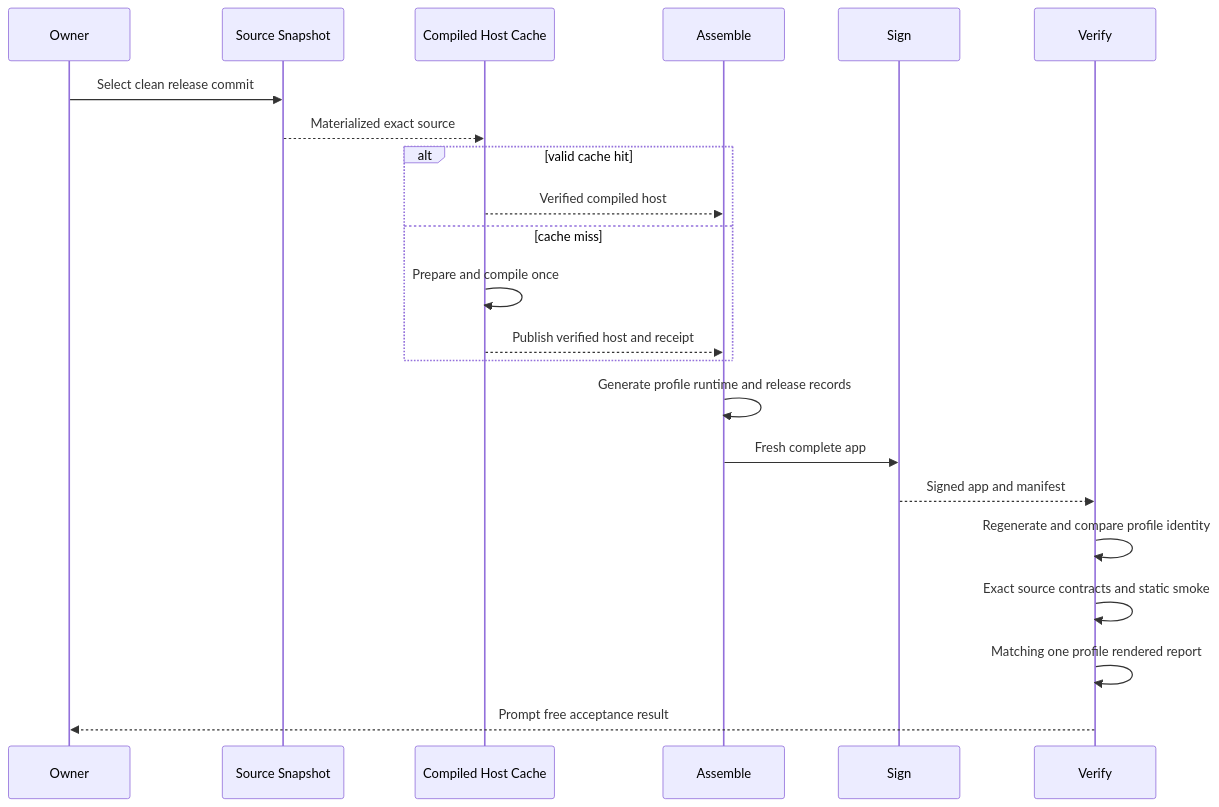
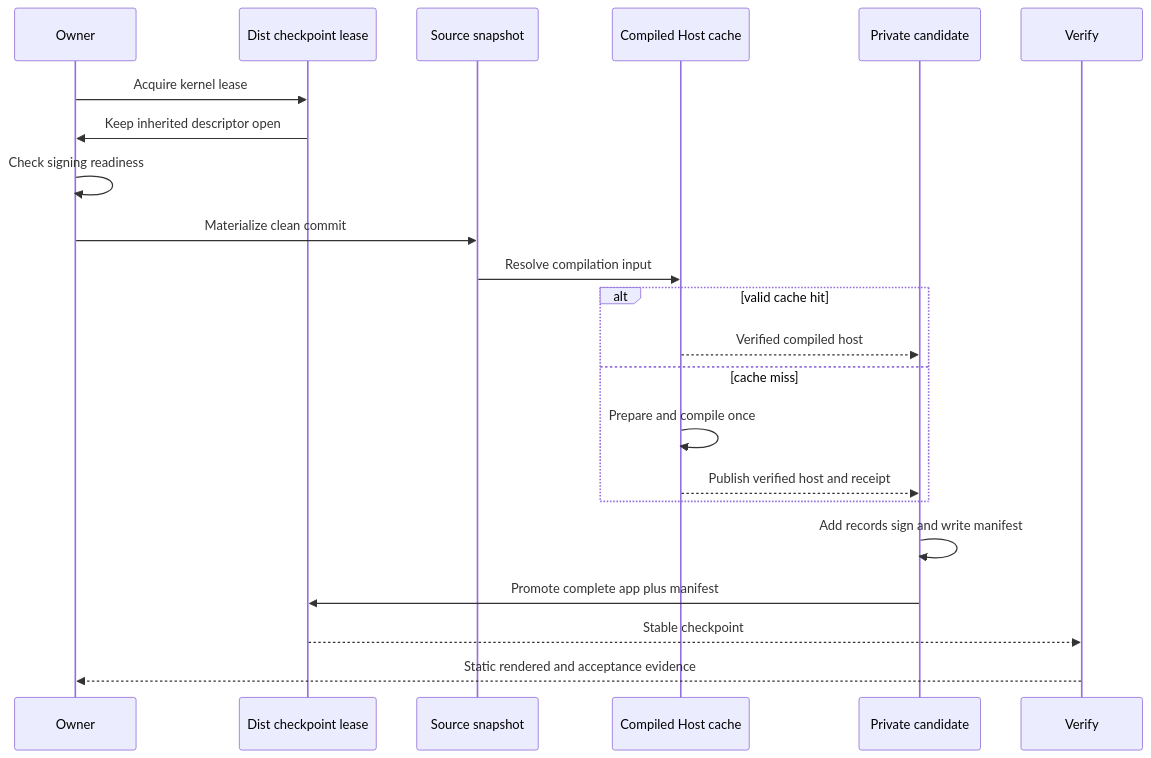
The diagram in wiki/flows/build-sign-and-launch.md (alexwck/dbcode-wrapper), drawn with Mermaid before and after one commit. The commit also changed other lines of this file and 10 other files, not shown here.

````diff
--- a/wiki/flows/build-sign-and-launch.md
+++ b/wiki/flows/build-sign-and-launch.md
@@ -26,24 +26,24 @@
 ```mermaid
 sequenceDiagram
   participant Owner
-  participant Snapshot as Source Snapshot
-  participant Cache as Compiled Host Cache
-  participant Assemble
-  participant Sign
+  participant Lease as Dist checkpoint lease
+  participant Snapshot as Source snapshot
+  participant Cache as Compiled Host cache
+  participant Stage as Private candidate
   participant Verify
-  Owner->>Snapshot: Select clean release commit
-  Snapshot-->>Cache: Materialized exact source
+  Owner->>Lease: Acquire kernel lease
+  Lease->>Owner: Keep inherited descriptor open
+  Owner->>Owner: Check signing readiness
+  Owner->>Snapshot: Materialize clean commit
+  Snapshot->>Cache: Resolve compilation input
   alt valid cache hit
-    Cache-->>Assemble: Verified compiled host
+    Cache-->>Stage: Verified compiled host
   else cache miss
     Cache->>Cache: Prepare and compile once
-    Cache-->>Assemble: Publish verified host and receipt
+    Cache-->>Stage: Publish verified host and receipt
   end
-  Assemble->>Assemble: Generate profile runtime and release records
-  Assemble->>Sign: Fresh complete app
-  Sign-->>Verify: Signed app and manifest
-  Verify->>Verify: Regenerate and compare profile identity
-  Verify->>Verify: Exact source contracts and static smoke
-  Verify->>Verify: Matching one profile rendered report
-  Verify-->>Owner: Prompt free acceptance result
+  Stage->>Stage: Add records sign and write manifest
+  Stage->>Lease: Promote complete app plus manifest
+  Lease-->>Verify: Stable checkpoint
+  Verify-->>Owner: Static rendered and acceptance evidence
 ```
````
